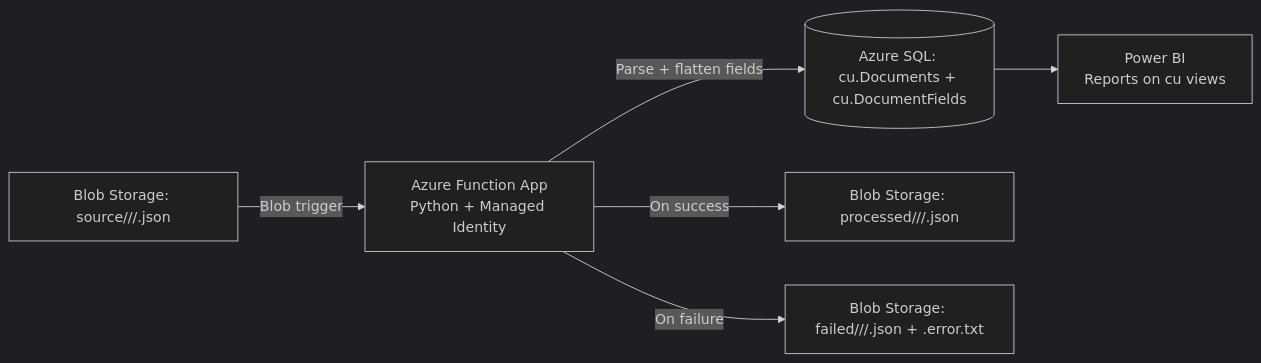
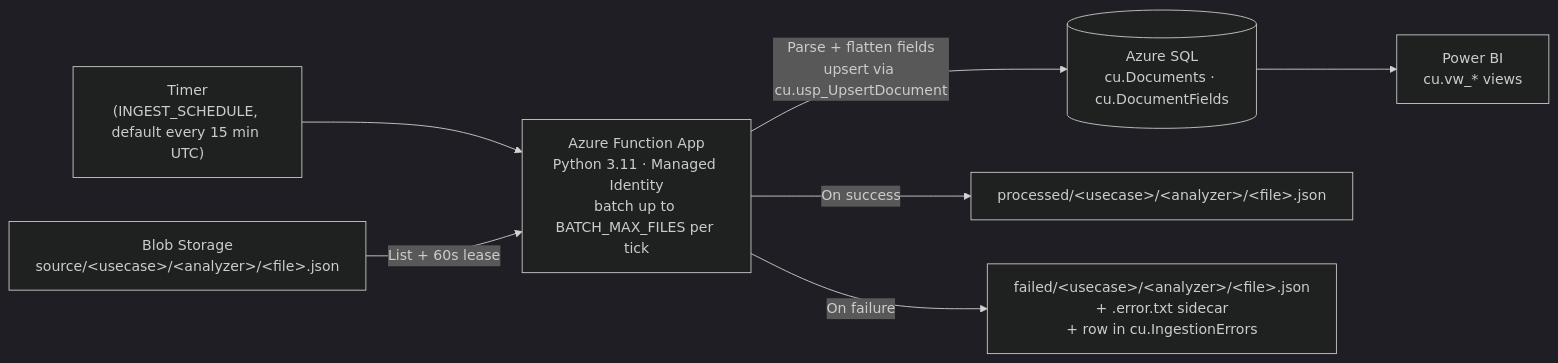
Before and after one commit to GeorgeStevens13/Content-Understanding-Confidence-Logger: the diagram in README.md, drawn with Mermaid (dark theme). The commit also changed other lines of this file and 7 other files, not shown here.

Commit message:
Change the ingestion from synch to batch every 15 min

````diff
--- a/README.md
+++ b/README.md
@@ -7,8 +11,10 @@
 ```mermaid
 flowchart LR
-    A[Blob Storage: source/<usecase>/<analyzer>/<file>.json] -->|Blob trigger| B[Azure Function App\nPython + Managed Identity]
-    B -->|Parse + flatten fields| C[(Azure SQL: cu.Documents + cu.DocumentFields)]
-    C --> D[Power BI\nReports on cu views]
-    B -->|On success| E[Blob Storage: processed/<usecase>/<analyzer>/<file>.json]
-    B -->|On failure| F[Blob Storage: failed/<usecase>/<analyzer>/<file>.json + .error.txt]
+    T["Timer<br/>(INGEST_SCHEDULE, default every 15 min UTC)"] --> B
+    A["Blob Storage<br/>source/&lt;usecase&gt;/&lt;analyzer&gt;/&lt;file&gt;.json"] -->|List + 60s lease| B
+    B["Azure Function App<br/>Python 3.11 · Managed Identity<br/>batch up to BATCH_MAX_FILES per tick"]
+    B -->|Parse + flatten fields<br/>upsert via cu.usp_UpsertDocument| C[("Azure SQL<br/>cu.Documents · cu.DocumentFields")]
+    C --> D["Power BI<br/>cu.vw_* views"]
+    B -->|On success| E["processed/&lt;usecase&gt;/&lt;analyzer&gt;/&lt;file&gt;.json"]
+    B -->|On failure| F["failed/&lt;usecase&gt;/&lt;analyzer&gt;/&lt;file&gt;.json<br/>+ .error.txt sidecar<br/>+ row in cu.IngestionErrors"]
 ```
````
